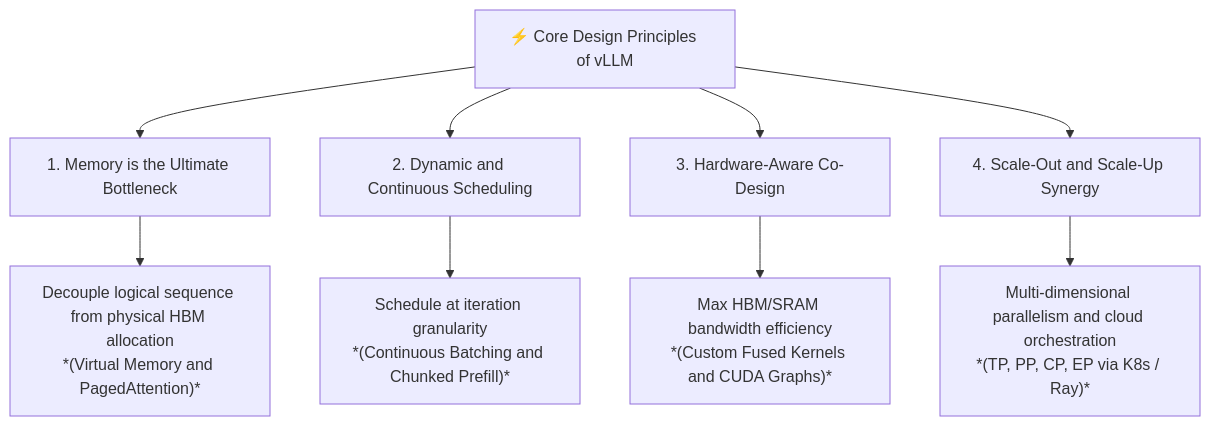
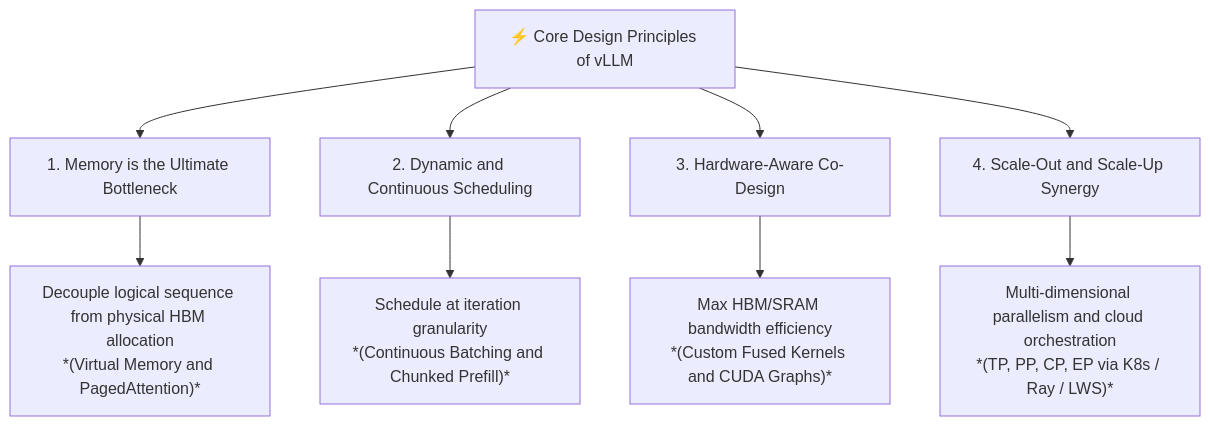
The diagram in docs/en/index.md (Marinette101/vllm-learning-notes), drawn with Mermaid before and after one commit. The commit also changed other lines of this file and 5 other files, not shown here.

````diff
--- a/docs/en/index.md
+++ b/docs/en/index.md
@@ -11,16 +11,16 @@
 ```mermaid
 flowchart TD
     ROOT["⚡ Core Design Principles of vLLM"]
     
     ROOT --> P1["1. Memory is the Ultimate Bottleneck"]
     P1 --> S1["Decouple logical sequence from physical HBM allocation<br>*(Virtual Memory and PagedAttention)*"]
     
     ROOT --> P2["2. Dynamic and Continuous Scheduling"]
     P2 --> S2["Schedule at iteration granularity<br>*(Continuous Batching and Chunked Prefill)*"]
     
     ROOT --> P3["3. Hardware-Aware Co-Design"]
     P3 --> S3["Max HBM/SRAM bandwidth efficiency<br>*(Custom Fused Kernels and CUDA Graphs)*"]
     
     ROOT --> P4["4. Scale-Out and Scale-Up Synergy"]
-    P4 --> S4["Multi-dimensional parallelism and cloud orchestration<br>*(TP, PP, CP, EP via K8s / Ray)*"]
+    P4 --> S4["Multi-dimensional parallelism and cloud orchestration<br>*(TP, PP, CP, EP via K8s / Ray / LWS)*"]
 ```
````
